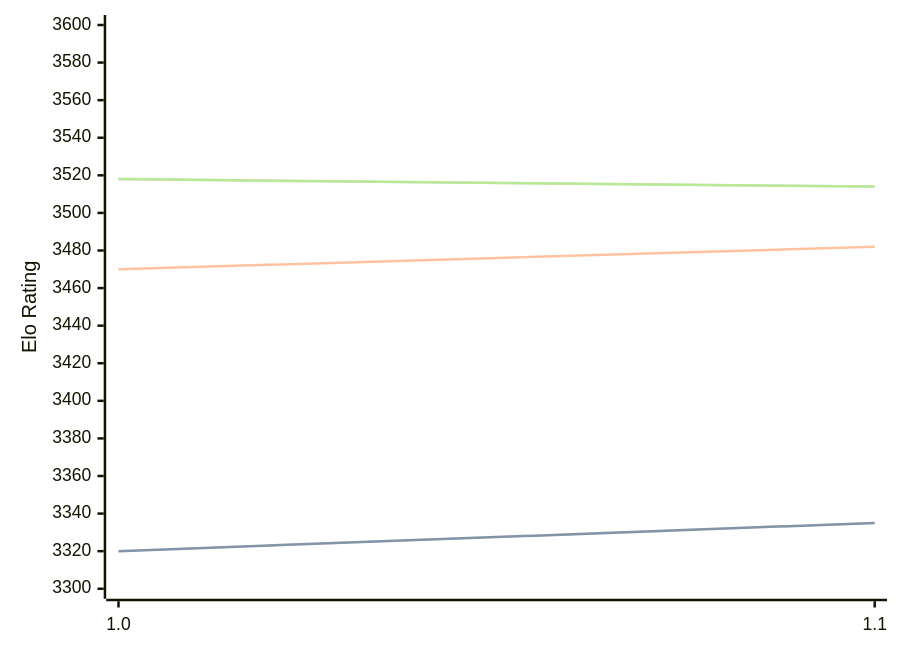
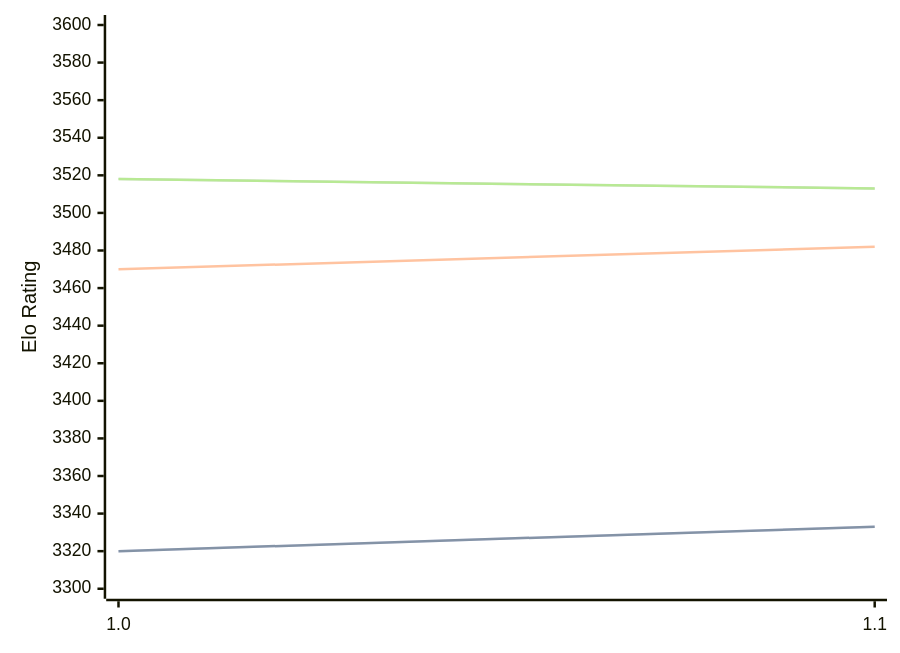
One commit to computer-chess-index/cci changed the third of 3 diagrams in engines/Horsie.md. Above: the diagram before and after it, drawn with Mermaid. The commit also changed other lines of this file, not shown here.

Commit message:
Update CCI Ratings (ELO VLTC) - 2026-06-17

````diff
--- a/engines/Horsie.md
+++ b/engines/Horsie.md
@@ -65,11 +65,11 @@
 ```mermaid
 %%{init: {"theme":"base","themeVariables":{"seriesColors:['#a3a3a3','#222221','#faa371']}}}%%
 xychart-beta
   x-axis ["1.0", "1.1"]
   y-axis "Elo Rating" 3300 --> 3600
-  line "STC (8.0+0.08s)" [3320, 3335]
-  line "STC (8.0+0.08s)" [3320, 3335]
+  line "STC (8.0+0.08s)" [3320, 3333]
+  line "STC (8.0+0.08s)" [3320, 3333]
   line "LTC (60.0+0.60s)" [3470, 3482]
-  line "VLTC (2m24s+1.12s)" [3518, 3514]
-  line "VLTC (2m24s+1.12s)" [3518, 3514]
+  line "VLTC (2m24s+1.12s)" [3518, 3513]
+  line "VLTC (2m24s+1.12s)" [3518, 3513]
 ```
````
